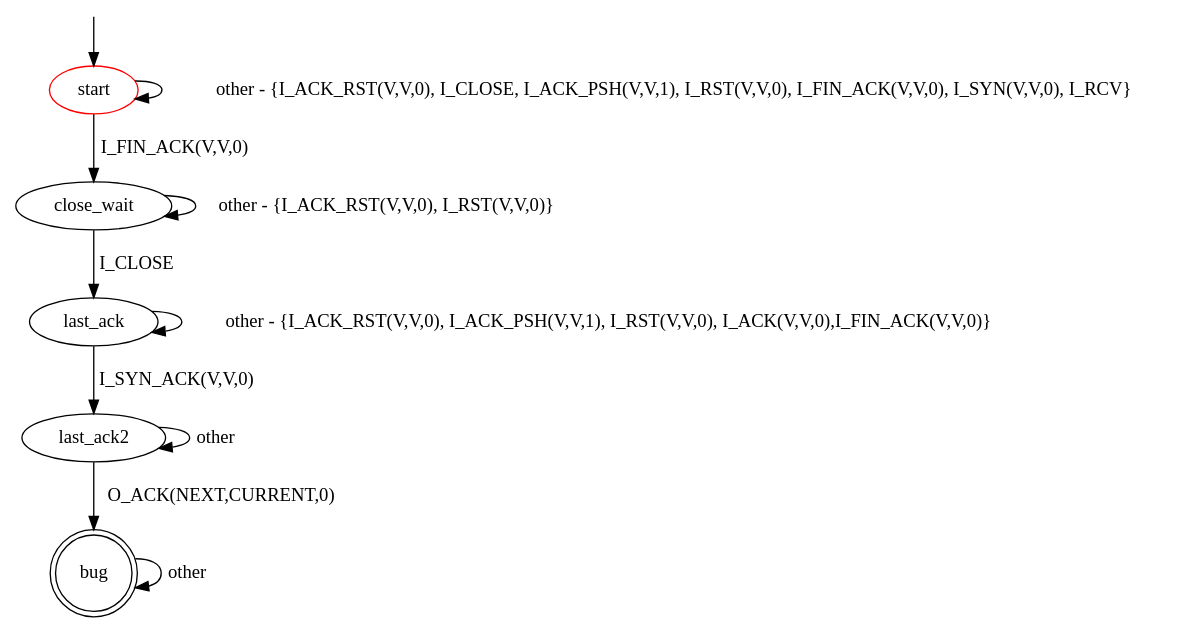
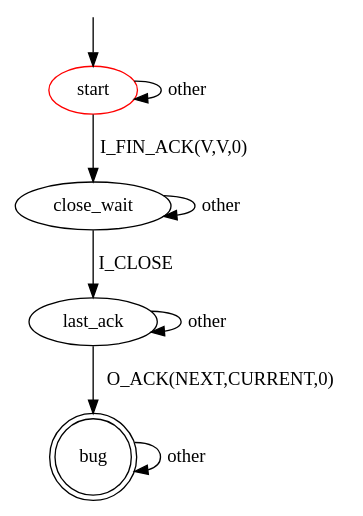
Before and after one commit to assist-project/state-machine-bug-finder: the diagram in src/main/resources/patterns/tcp/invalid_response_to_synack_last_ack.dot, drawn with Graphviz. The commit also changed other lines of this file and 3 other files, not shown here.

```diff
--- a/src/main/resources/patterns/tcp/invalid_response_to_synack_last_ack.dot
+++ b/src/main/resources/patterns/tcp/invalid_response_to_synack_last_ack.dot
@@ -1,20 +1,17 @@
 digraph G {
 label=""
 start [color="red"]
 bug [shape="doublecircle"]
 
-
-start -> start [label="other - {I_ACK_RST(V,V,0), I_CLOSE, I_ACK_PSH(V,V,1), I_RST(V,V,0), I_FIN_ACK(V,V,0), I_SYN(V,V,0), I_RCV}"]
+start -> start [label="other"]
 start -> close_wait [label="I_FIN_ACK(V,V,0)"]
-close_wait -> close_wait [label="other - {I_ACK_RST(V,V,0), I_RST(V,V,0)}"]
+close_wait -> close_wait [label="other"]
 close_wait -> last_ack [label="I_CLOSE"]
-last_ack -> last_ack [label="other - {I_ACK_RST(V,V,0), I_ACK_PSH(V,V,1), I_RST(V,V,0), I_ACK(V,V,0),I_FIN_ACK(V,V,0)}"]
-last_ack -> last_ack2 [label="I_SYN_ACK(V,V,0)"]
-last_ack2 -> last_ack2 [label="other"]
-last_ack2 -> bug [label="O_ACK(NEXT,CURRENT,0)"]
+last_ack -> last_ack [label="other"]
+last_ack -> bug [label="O_ACK(NEXT,CURRENT,0)"]
 
 bug -> bug [label="other"]
 
 __start0 [label="" shape="none" width="0" height="0"];
 __start0 -> start;
 }
```
